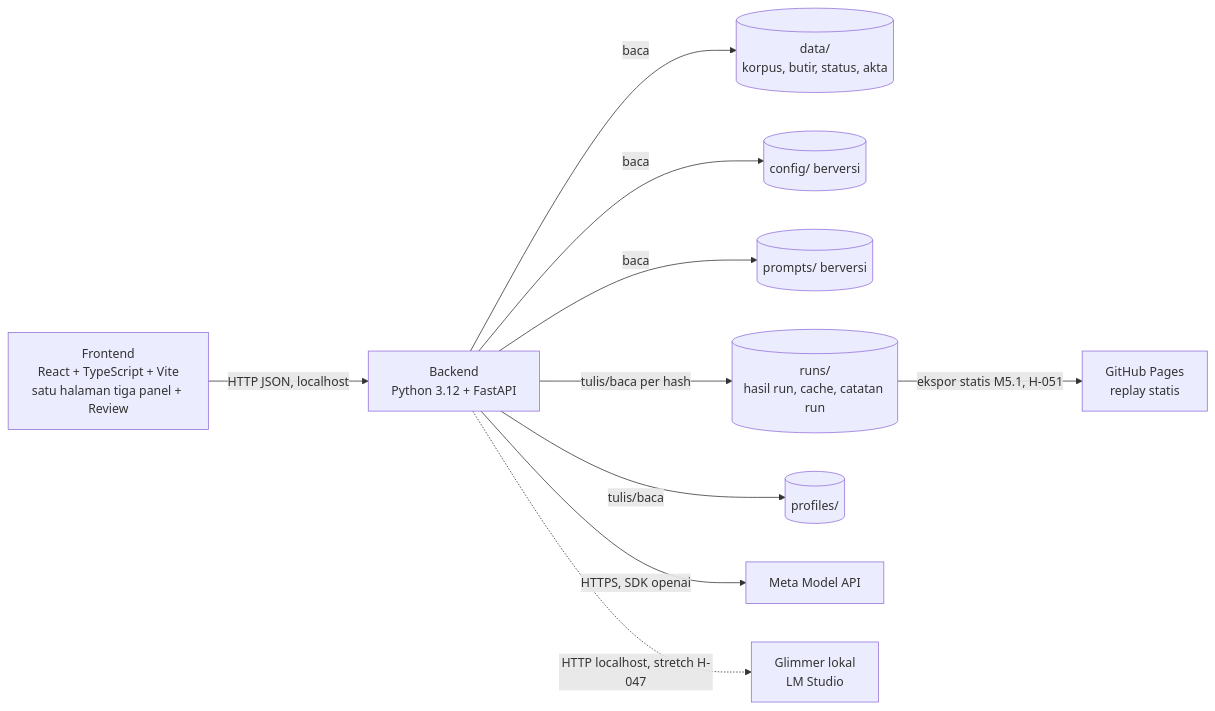
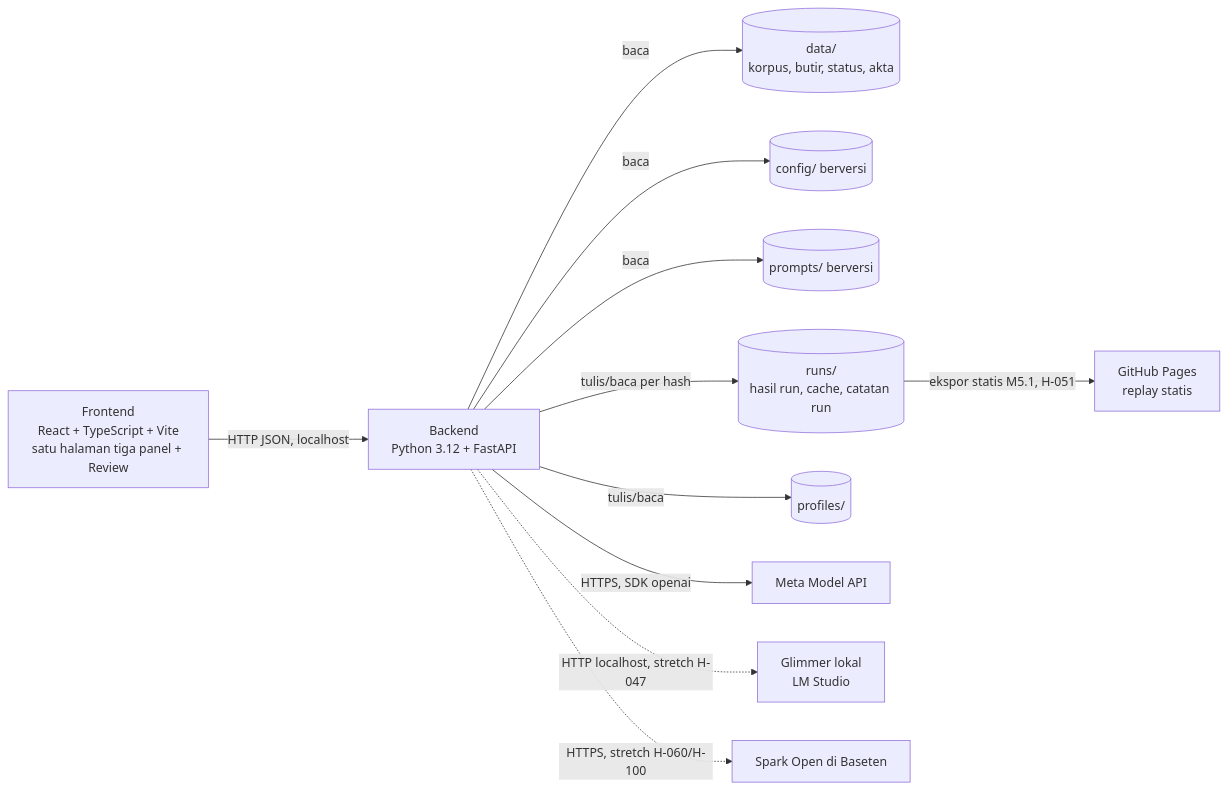
The second of 2 diagrams in docs/ARCHITECTURE.md (ziffan/LexRAGLab-Meta2026Hackathon), drawn with Mermaid before and after one commit. The commit also changed other lines of this file and 3 other files, not shown here.

Commit message:
docs: ARCHITECTURE, API, UI-SPEC, EVAL-SPEC selaras kode (komponen, config, cache, galat, Run cost, slot skenario §11, Baseten)

````diff
--- a/docs/ARCHITECTURE.md
+++ b/docs/ARCHITECTURE.md
@@ -33,12 +34,13 @@
 ```mermaid
 flowchart LR
   FE[Frontend<br/>React + TypeScript + Vite<br/>satu halaman tiga panel + Review] -->|HTTP JSON, localhost| BE[Backend<br/>Python 3.12 + FastAPI]
   BE -->|baca| DATA[(data/<br/>korpus, butir, status, akta)]
   BE -->|baca| CFG[(config/ berversi)]
   BE -->|baca| PR[(prompts/ berversi)]
   BE -->|tulis/baca per hash| RUNS[(runs/<br/>hasil run, cache, catatan run)]
   BE -->|tulis/baca| PROF[(profiles/)]
   BE -->|HTTPS, SDK openai| META[Meta Model API]
   BE -.->|HTTP localhost, stretch H-047| GL[Glimmer lokal<br/>LM Studio]
+  BE -.->|HTTPS, stretch H-060/H-100| BT[Spark Open di Baseten]
   RUNS -->|ekspor statis M5.1, H-051| PAGES[GitHub Pages<br/>replay statis]
 ```
````
